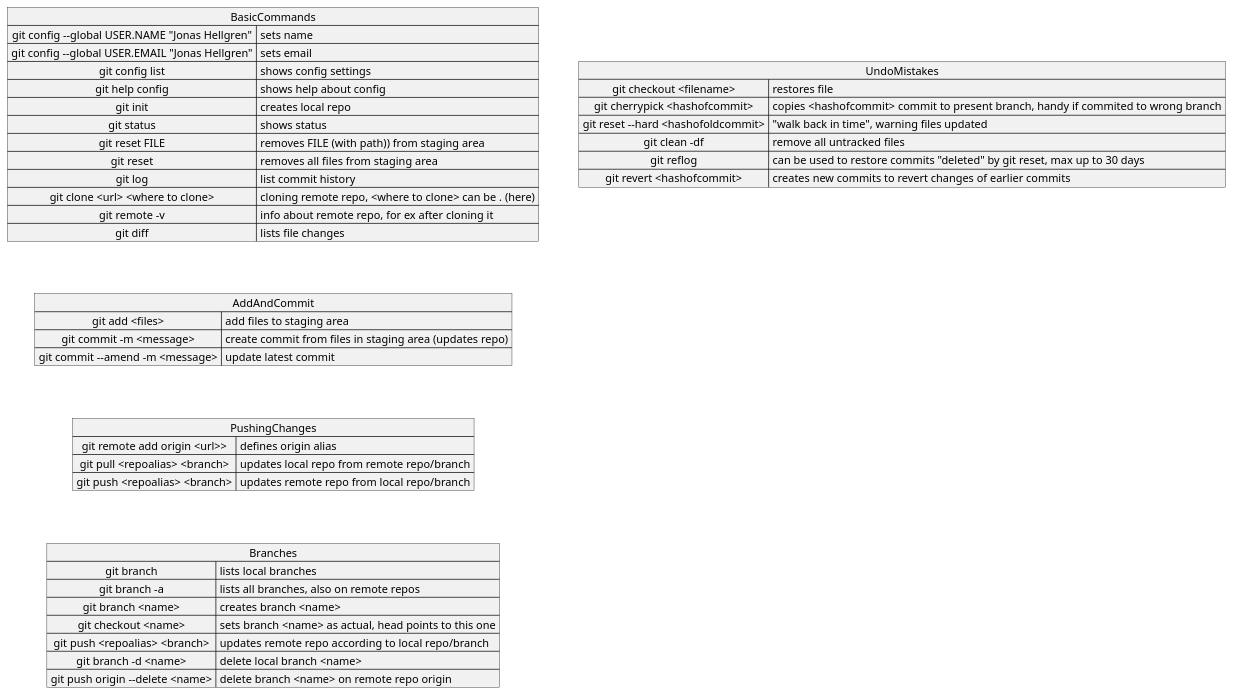
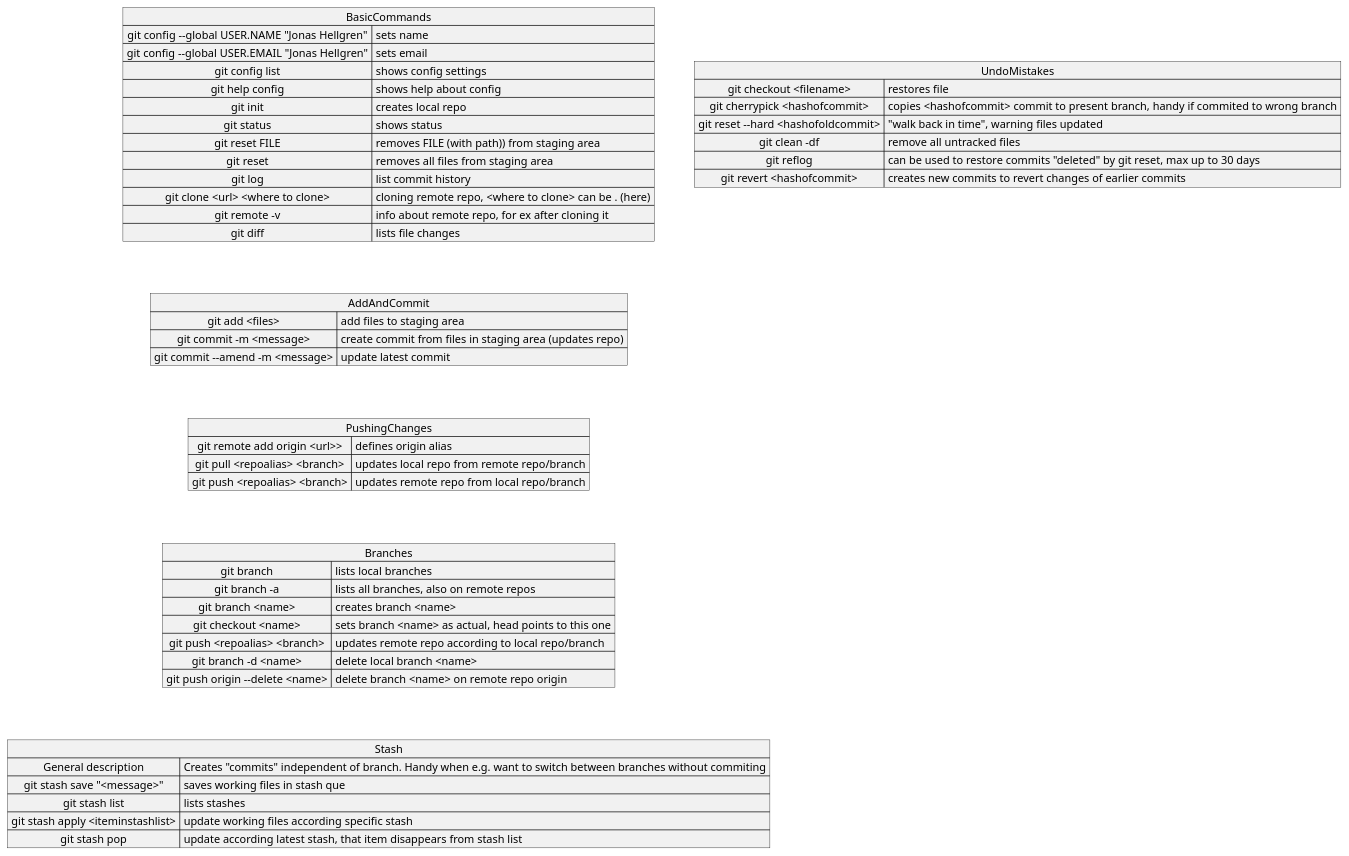
The diagram in src/documentation/GitCommands.puml (JonasHellgren/GitCommands), drawn with PlantUML before and after one commit.

Commit message:
Stash explained

```diff
--- a/src/documentation/GitCommands.puml
+++ b/src/documentation/GitCommands.puml
@@ -1,53 +1,62 @@
 @startuml
 map BasicCommands {
  git config --global USER.NAME "Jonas Hellgren" => sets name
  git config --global USER.EMAIL "Jonas Hellgren" => sets email
  git config list => shows config settings
  git help config  => shows help about config
  git init  => creates local repo
  git status  => shows status
  git reset FILE  => removes FILE (with path)) from staging area
  git reset   => removes all files from staging area
  git log   => list commit history
  git clone <url> <where to clone>  => cloning remote repo, <where to clone> can be . (here)
  git remote -v  => info about remote repo, for ex after cloning it
  git diff  => lists file changes
 }
 
 map AddAndCommit {
  git add <files>  => add files to staging area
  git commit -m <message>  => create commit from files in staging area (updates repo)
  git commit --amend -m <message>  => update latest commit
 }
 
 map PushingChanges {
  git remote add origin <url>>  => defines origin alias
  git pull <repoalias> <branch>  => updates local repo from remote repo/branch
  git push <repoalias> <branch>  => updates remote repo from local repo/branch
 }
 
 map Branches {
  git branch => lists local branches
  git branch -a  => lists all branches, also on remote repos
  git branch <name>  => creates branch <name>
  git checkout <name>  => sets branch <name> as actual, head points to this one
  git push <repoalias> <branch>  => updates remote repo according to local repo/branch
  git branch -d <name> => delete local branch <name>
  git push origin --delete <name> => delete branch <name> on remote repo origin
 }
 
 map UndoMistakes {
  git checkout <filename>  => restores file
  git cherrypick <hashofcommit>  => copies <hashofcommit> commit to present branch, handy if commited to wrong branch
  git reset --hard <hashofoldcommit>  => "walk back in time", warning files updated
  git clean -df  => remove all untracked files
  git reflog => can be used to restore commits "deleted" by git reset, max up to 30 days
  git revert <hashofcommit> => creates new commits to revert changes of earlier commits
 }
 
+map Stash {
+ General description => Creates "commits" independent of branch. Handy when e.g. want to switch between branches without commiting
+ git stash save "<message>" =>  saves working files in stash que
+ git stash list => lists stashes
+ git stash apply <iteminstashlist>  => update working files according specific stash
+ git stash pop   => update according latest stash, that item disappears from stash list
+}
+
 BasicCommands --[hidden]> AddAndCommit
 AddAndCommit --[hidden]> PushingChanges
 PushingChanges --[hidden]> Branches
-UndoMistakes --[hidden]> UndoMistakes
+Branches --[hidden]> Stash
+Stash --[hidden]> Stash
 
 @enduml
```
